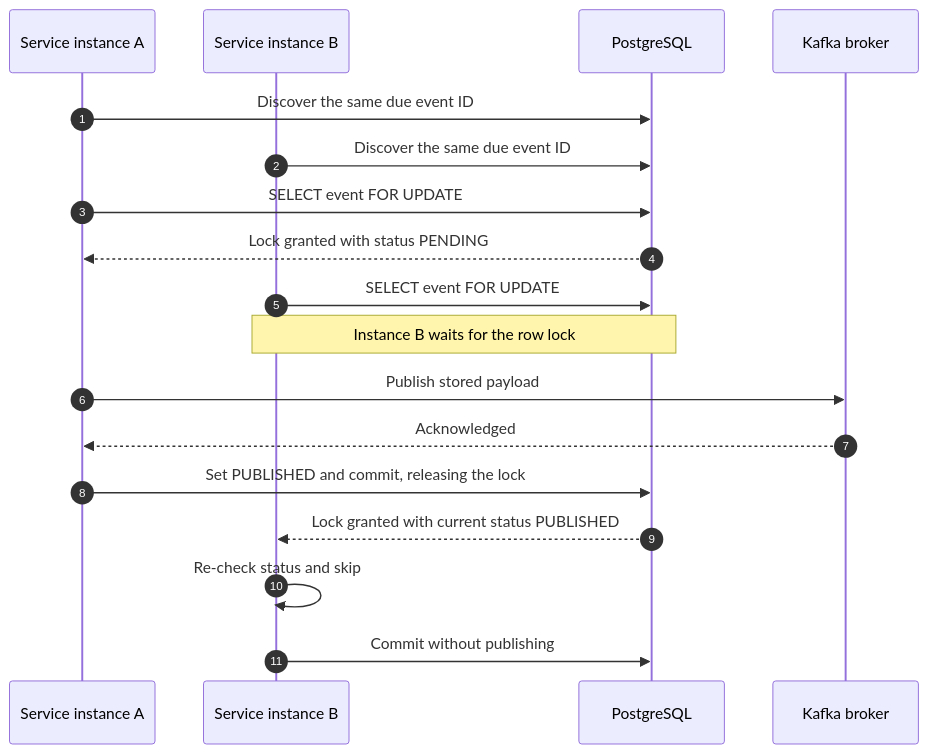
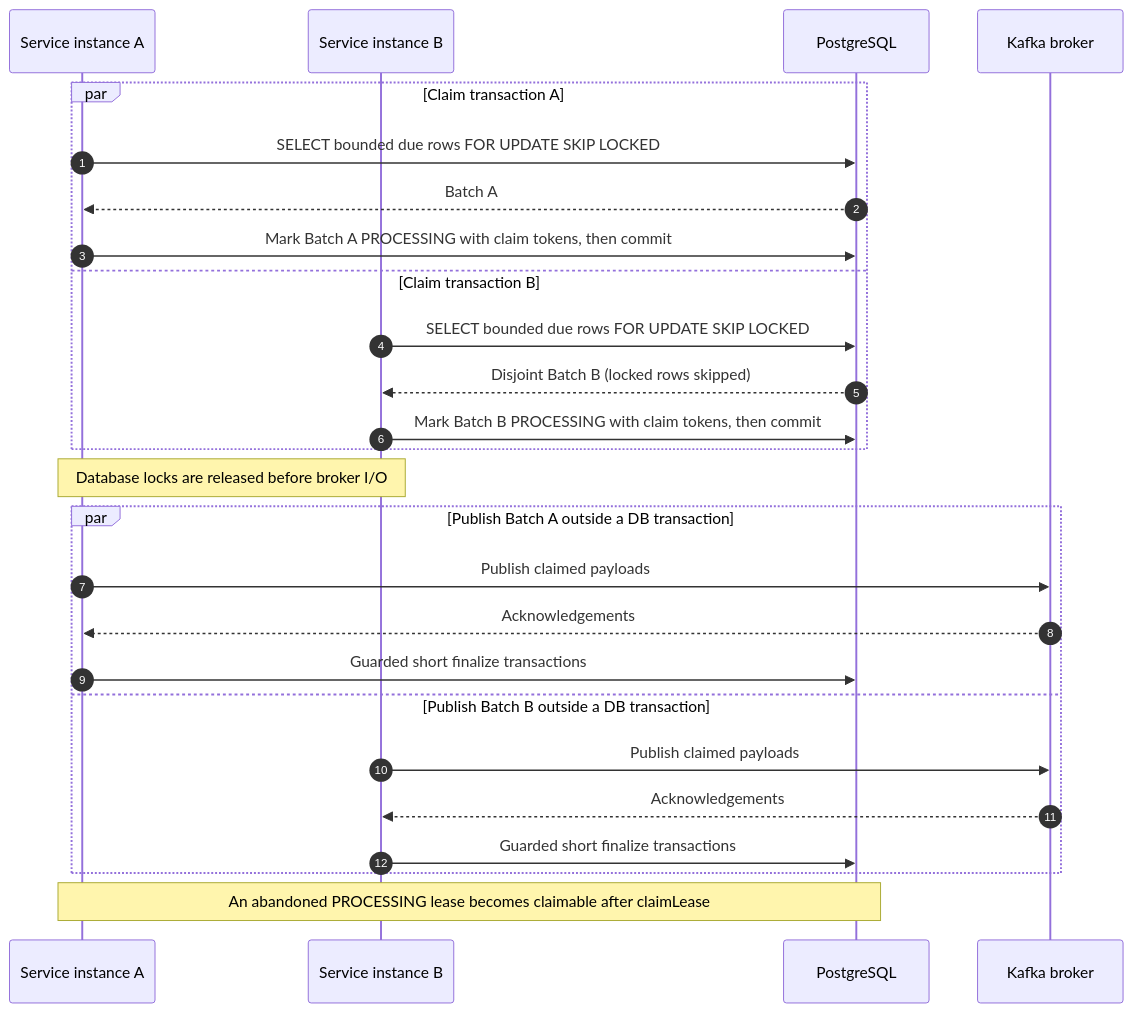
One commit to tarunngusain08/transaction-outbox-service changed the sixth of 16 diagrams in docs/sequence-diagrams.md. Above: the diagram before and after it, drawn with Mermaid. The commit also changed other lines of this file and 62 other files, not shown here.

````diff
--- a/docs/sequence-diagrams.md
+++ b/docs/sequence-diagrams.md
@@ -197,21 +227,29 @@
 ```mermaid
 sequenceDiagram
     autonumber
     participant WorkerA as Service instance A
     participant WorkerB as Service instance B
     participant DB as PostgreSQL
     participant Kafka as Kafka broker
 
-    WorkerA->>DB: Discover the same due event ID
-    WorkerB->>DB: Discover the same due event ID
-    WorkerA->>DB: SELECT event FOR UPDATE
-    DB-->>WorkerA: Lock granted with status PENDING
-    WorkerB->>DB: SELECT event FOR UPDATE
-    Note over WorkerB,DB: Instance B waits for the row lock
-    WorkerA->>Kafka: Publish stored payload
-    Kafka-->>WorkerA: Acknowledged
-    WorkerA->>DB: Set PUBLISHED and commit, releasing the lock
-    DB-->>WorkerB: Lock granted with current status PUBLISHED
-    WorkerB->>WorkerB: Re-check status and skip
-    WorkerB->>DB: Commit without publishing
+    par Claim transaction A
+        WorkerA->>DB: SELECT bounded due rows FOR UPDATE SKIP LOCKED
+        DB-->>WorkerA: Batch A
+        WorkerA->>DB: Mark Batch A PROCESSING with claim tokens, then commit
+    and Claim transaction B
+        WorkerB->>DB: SELECT bounded due rows FOR UPDATE SKIP LOCKED
+        DB-->>WorkerB: Disjoint Batch B (locked rows skipped)
+        WorkerB->>DB: Mark Batch B PROCESSING with claim tokens, then commit
+    end
+    Note over WorkerA,WorkerB: Database locks are released before broker I/O
+    par Publish Batch A outside a DB transaction
+        WorkerA->>Kafka: Publish claimed payloads
+        Kafka-->>WorkerA: Acknowledgements
+        WorkerA->>DB: Guarded short finalize transactions
+    and Publish Batch B outside a DB transaction
+        WorkerB->>Kafka: Publish claimed payloads
+        Kafka-->>WorkerB: Acknowledgements
+        WorkerB->>DB: Guarded short finalize transactions
+    end
+    Note over WorkerA,DB: An abandoned PROCESSING lease becomes claimable after claimLease
 ```
````
